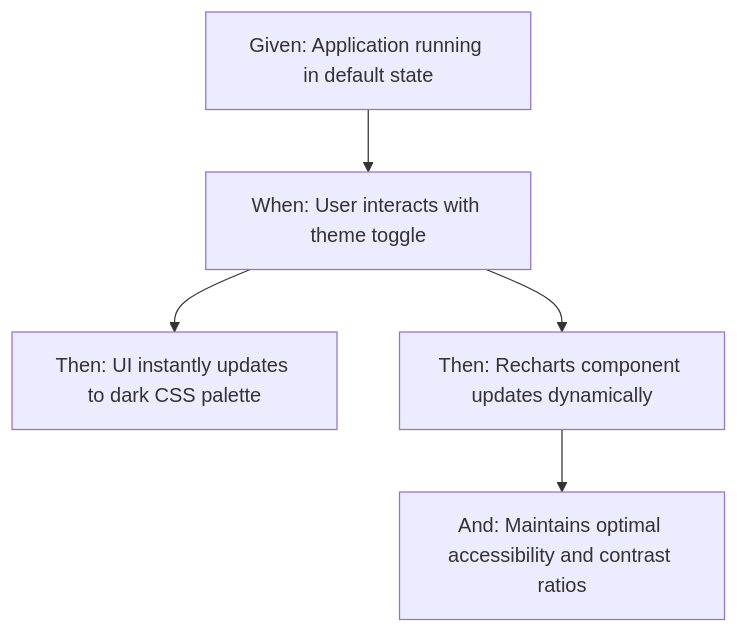
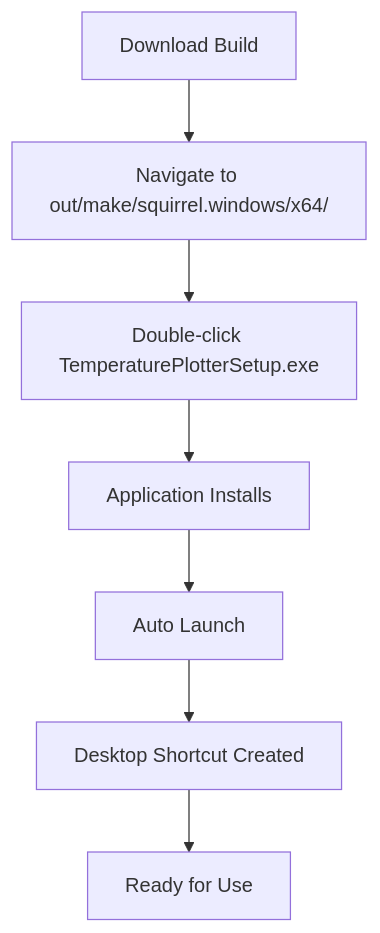
The fourth of 5 diagrams in README.md (Interlaken0/temperature-plotter), drawn with Mermaid before and after one commit. The commit also changed other lines of this file and 1 other file, not shown here.

````diff
--- a/README.md
+++ b/README.md
@@ -167,7 +113,9 @@
 ```mermaid
 flowchart TD
-    A[Given: Application running in default state] --> B[When: User interacts with theme toggle]
-    B --> C[Then: UI instantly updates to dark CSS palette]
-    B --> D[Then: Recharts component updates dynamically]
-    D --> E[And: Maintains optimal accessibility and contrast ratios]
+    A[Download Build] --> B[Navigate to out/make/squirrel.windows/x64/]
+    B --> C[Double-click TemperaturePlotterSetup.exe]
+    C --> D[Application Installs]
+    D --> E[Auto Launch]
+    E --> F[Desktop Shortcut Created]
+    F --> G[Ready for Use]
 ```
````
